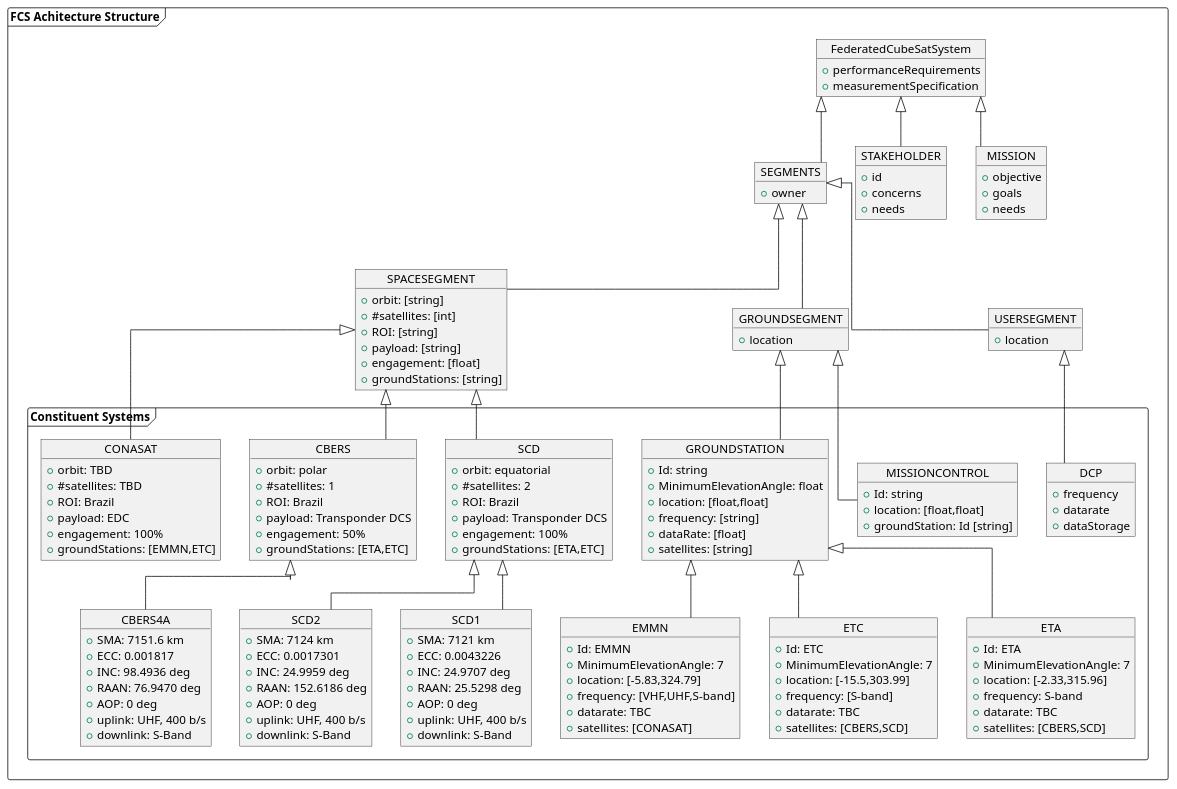
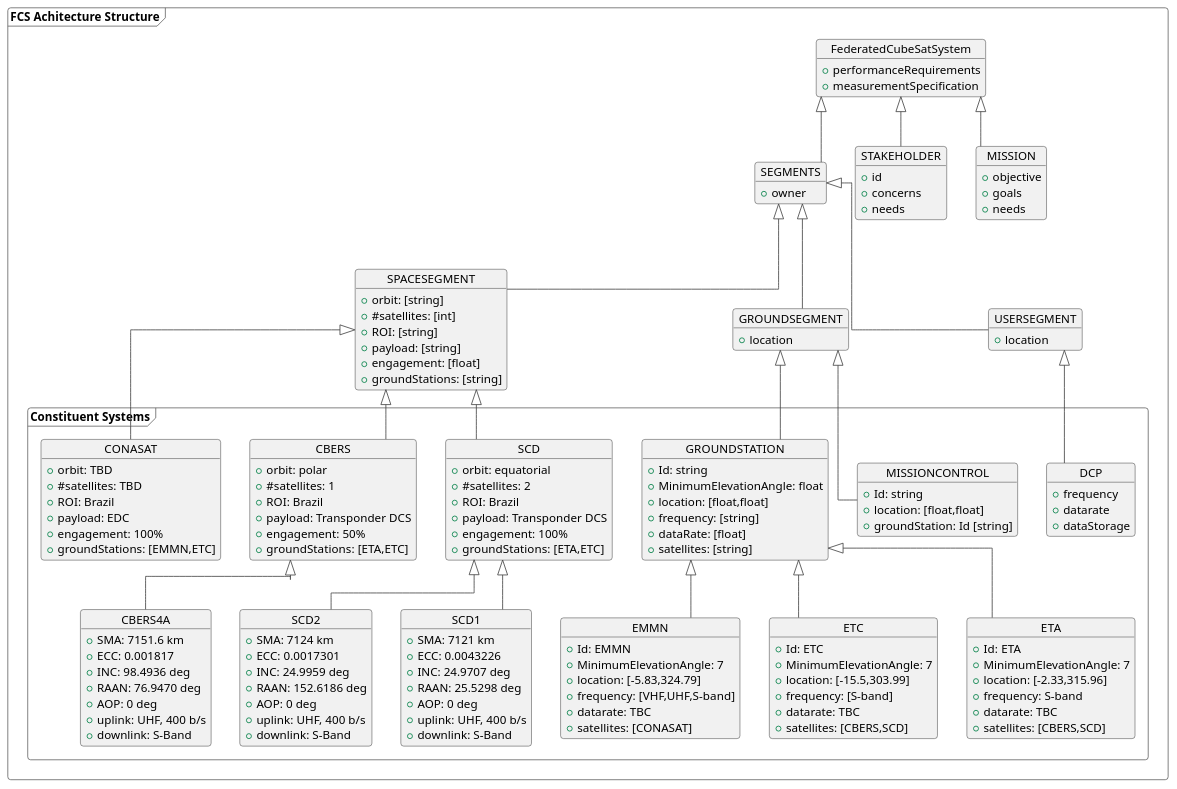
One commit to clgbatista/phdModelling changed the diagram in csrm/architecture.plantuml. Above: the diagram before and after it, drawn with PlantUML. The commit also changed 6 other files, not shown here.

```diff
--- a/csrm/architecture.plantuml
+++ b/csrm/architecture.plantuml
@@ -1,182 +1,195 @@
 @startuml architecturalprofile
 
 skinparam Linetype ortho
+' !theme blueprint
+' !theme amiga
+' !theme crt-green
+' !theme mars
+' !theme plain
+' !theme reddress-darkred
+' !theme reddress-lightblue
+' !theme sandstone
+' !theme sketchy
+' !theme sketchy-outline
+' !theme spacelab-white
+!theme vibrant
+
 
 frame "FCS Achitecture Structure" {
 
     object FederatedCubeSatSystem {
         +performanceRequirements
         +measurementSpecification
     }
 
     object SEGMENTS {
         +owner
     }
     object STAKEHOLDER {
         +id
         +concerns
         +needs
     }
     object MISSION {
         +objective
         +goals
         +needs
     }
 
     FederatedCubeSatSystem ^-- SEGMENTS
     FederatedCubeSatSystem ^-- STAKEHOLDER
     FederatedCubeSatSystem ^-- MISSION
 
     object SPACESEGMENT {
         +orbit: [string]
         +#satellites: [int]
         +ROI: [string]
         +payload: [string]
         +engagement: [float]
         +groundStations: [string]
     }
     object GROUNDSEGMENT {
         +location
     }
     object USERSEGMENT {
         +location
     }
 
     SEGMENTS ^-- SPACESEGMENT
     SEGMENTS ^-- GROUNDSEGMENT
     SEGMENTS ^-- USERSEGMENT
     
     frame "Constituent Systems" as cs {
         object SCD {
         +orbit: equatorial
         +#satellites: 2
         +ROI: Brazil
         +payload: Transponder DCS
         +engagement: 100%
         +groundStations: [ETA,ETC]
     }
     object CBERS {
         +orbit: polar
         +#satellites: 1
         +ROI: Brazil
         +payload: Transponder DCS
         +engagement: 50%
         +groundStations: [ETA,ETC]
     }
     object CONASAT {
         +orbit: TBD
         +#satellites: TBD
         +ROI: Brazil
         +payload: EDC
         +engagement: 100%
         +groundStations: [EMMN,ETC]
     }
     ' object CATARINA {
     '     +orbit: TBD
     '     +#satellites: 0
     '     +ROI: TBD
     '     +payload: EDC
     '     +engagement: TBD
     ' }
 
     SPACESEGMENT ^-- SCD
     SPACESEGMENT ^-- CBERS
     SPACESEGMENT ^-- CONASAT
     ' SPACESEGMENT ^-- CATARINA
 
     object GROUNDSTATION {
         +Id: string
         +MinimumElevationAngle: float
         +location: [float,float]
         +frequency: [string]
         +dataRate: [float]
         +satellites: [string]
     }
     object MISSIONCONTROL {
         +Id: string
         +location: [float,float]
         +groundStation: Id [string]
     }
 
     GROUNDSEGMENT ^-- GROUNDSTATION
     GROUNDSEGMENT ^-- MISSIONCONTROL
 
     object DCP {
         +frequency
         +datarate
         +dataStorage
     }
 
     USERSEGMENT ^-- DCP
 
     object SCD1 {
         ' +TLE1: 22490U 93009B   22062.68172372  .00000315  00000-0  36869-4 0  9991
         ' +TLE2: 22490  24.9688 147.4435 0043082 138.7341 352.8685 14.44649554534249
         +SMA: 7121 km
         +ECC: 0.0043226
         +INC: 24.9707 deg 
         +RAAN: 25.5298 deg
         +AOP: 0 deg
         +uplink: UHF, 400 b/s
         +downlink: S-Band
     }
     object SCD2 {
         ' +TLE1: 25504U 98060A   22063.14270493  .00000285  00000-0  29770-4 0  9996
         ' +TLE2: 25504  24.9969 358.6150 0017354 152.6186 331.7953 14.44165264233965
         +SMA: 7124 km
         +ECC: 0.0017301
         +INC: 24.9959 deg 
         +RAAN: 152.6186 deg
         +AOP: 0 deg
         +uplink: UHF, 400 b/s
         +downlink: S-Band
     }
     object CBERS4A {
         ' +TLE1: 40336U 14079A   22063.09024170  .00000021  00000-0  22404-4 0  9992
         ' +TLE2: 40336  98.4936 138.6168 0001817  76.9470 283.1933 14.35446246379298
         +SMA: 7151.6 km
         +ECC: 0.001817
         +INC: 98.4936 deg 
         +RAAN: 76.9470 deg
         +AOP: 0 deg
         +uplink: UHF, 400 b/s
         +downlink: S-Band
     }
 
     SCD ^-- SCD1
     SCD ^-- SCD2
     CBERS ^-- CBERS4A
 
     object EMMN {
         +Id: EMMN
         +MinimumElevationAngle: 7
         +location: [-5.83,324.79]
         +frequency: [VHF,UHF,S-band]  
         +datarate: TBC
         +satellites: [CONASAT]
     }
     object ETC {
         +Id: ETC
         +MinimumElevationAngle: 7
         +location: [-15.5,303.99]
         +frequency: [S-band]
         +datarate: TBC
         +satellites: [CBERS,SCD]
     }
     object ETA {
         +Id: ETA
         +MinimumElevationAngle: 7
         +location: [-2.33,315.96]
         +frequency: S-band
         +datarate: TBC
         +satellites: [CBERS,SCD]
     }
 
     GROUNDSTATION ^-- EMMN
     GROUNDSTATION ^-- ETC
     GROUNDSTATION ^-- ETA
     }
 
 }
 
 @enduml
```
